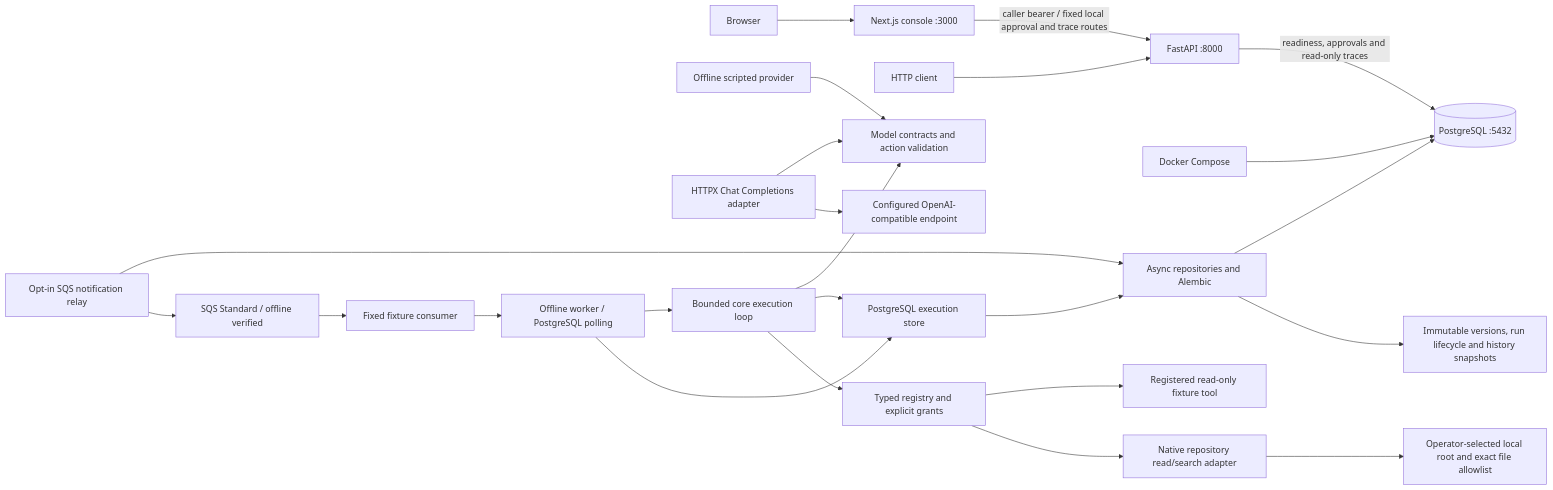
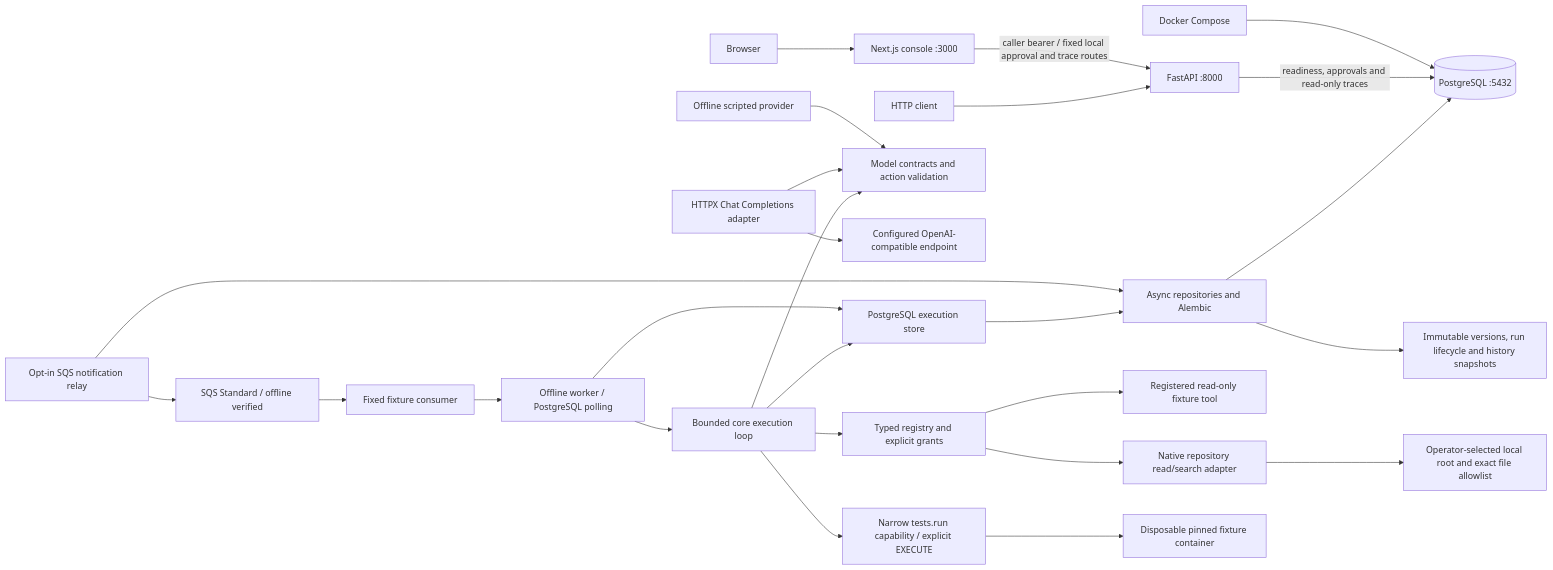
One commit to TaoM29/runveil changed the first of 2 diagrams in ARCHITECTURE.md. Above: the diagram before and after it, drawn with Mermaid. The commit also changed other lines of this file and 2 other files, not shown here.

Commit message:
docs: update Runveil architecture and roadmap

````diff
--- a/ARCHITECTURE.md
+++ b/ARCHITECTURE.md
@@ -5,26 +5,28 @@
 ```mermaid
 flowchart LR
     Browser --> Web[Next.js console :3000]
     Web -->|caller bearer / fixed local approval and trace routes| API
     Client[HTTP client] --> API[FastAPI :8000]
     Compose[Docker Compose] --> PG[(PostgreSQL :5432)]
     API -->|readiness, approvals and read-only traces| PG
     Persistence[Async repositories and Alembic] --> PG
     Persistence --> Domain[Immutable versions, run lifecycle and history snapshots]
     Scripted[Offline scripted provider] --> Contracts[Model contracts and action validation]
     Hosted[HTTPX Chat Completions adapter] --> Contracts
     Hosted --> Endpoint[Configured OpenAI-compatible endpoint]
     Worker[Offline worker / PostgreSQL polling] --> Runtime
     Worker --> Store
     Relay[Opt-in SQS notification relay] --> Persistence
     Relay --> SQS[SQS Standard / offline verified]
     SQS --> Consumer[Fixed fixture consumer]
     Consumer --> Worker
     Runtime[Bounded core execution loop] --> Contracts
     Runtime --> Store[PostgreSQL execution store]
     Store --> Persistence
     Runtime --> Tools[Typed registry and explicit grants]
     Tools --> Fixture[Registered read-only fixture tool]
     Tools --> Repository[Native repository read/search adapter]
     Repository --> Checkout[Operator-selected local root and exact file allowlist]
+    Runtime --> SandboxTests[Narrow tests.run capability / explicit EXECUTE]
+    SandboxTests --> Docker[Disposable pinned fixture container]
 ```
````
